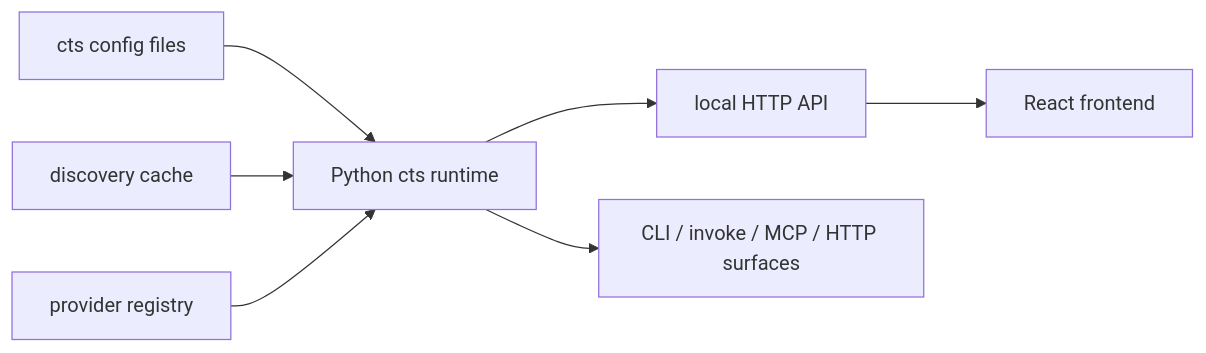
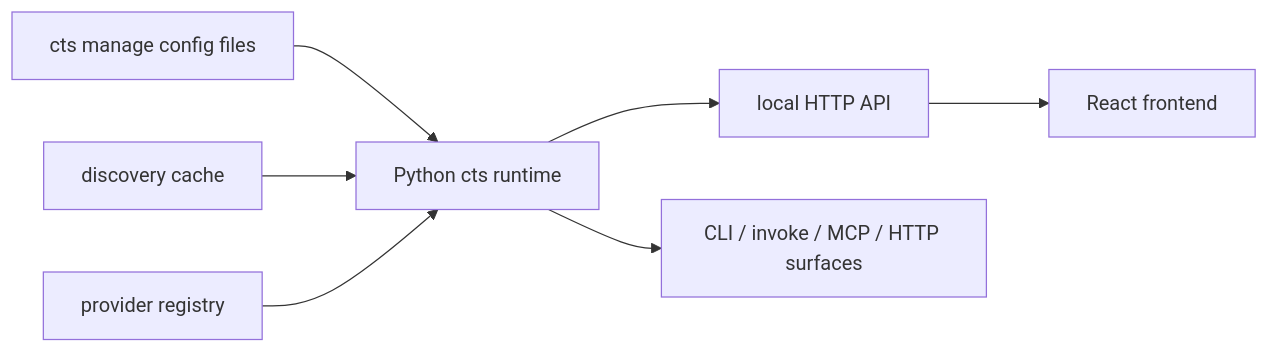
Before and after one commit to xlb1130/cli-tools: the diagram in frontend/docs/02-ui-architecture.md, drawn with Mermaid. The commit also changed other lines of this file and 38 other files, not shown here.

````diff
--- a/frontend/docs/02-ui-architecture.md
+++ b/frontend/docs/02-ui-architecture.md
@@ -13,9 +13,9 @@
 ```mermaid
 flowchart LR
-  A["cts config files"] --> B["Python cts runtime"]
+  A["cts manage config files"] --> B["Python cts runtime"]
   C["discovery cache"] --> B
   D["provider registry"] --> B
   B --> E["local HTTP API"]
   E --> F["React frontend"]
   B --> G["CLI / invoke / MCP / HTTP surfaces"]
 ```
````
